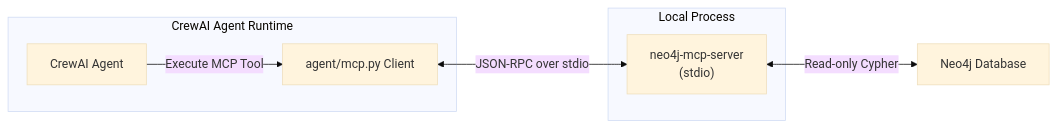
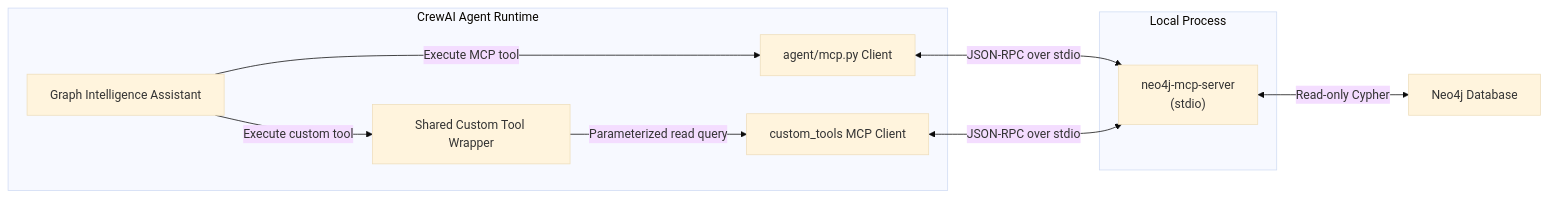
One commit to neo4j-labs/neo4j-agent-integrations changed the third of 3 diagrams in crewai/README.md. Above: the diagram before and after it, drawn with Mermaid (base theme). The commit also changed other lines of this file, not shown here.

First line of the commit message:
crewai: update architecture diagrams

````diff
--- a/crewai/README.md
+++ b/crewai/README.md
@@ -115,15 +123,20 @@
 ```mermaid
 flowchart LR
     subgraph AgentRuntime["CrewAI Agent Runtime"]
-        Agent["CrewAI Agent"]
+        QueryAgent["Graph Intelligence Assistant"]
+        CustomTools["Shared Custom Tool Wrapper"]
         MCPClient["agent/mcp.py Client"]
+        CustomMCPClient["custom_tools MCP Client"]
     end
 
     subgraph LocalProcess["Local Process"]
         Neo4jMCP["neo4j-mcp-server\n(stdio)"]
     end
 
-    Agent -->|Execute MCP Tool| MCPClient
+    QueryAgent -->|Execute MCP tool| MCPClient
+    QueryAgent -->|Execute custom tool| CustomTools
+    CustomTools -->|Parameterized read query| CustomMCPClient
     MCPClient <-->|JSON-RPC over stdio| Neo4jMCP
+    CustomMCPClient <-->|JSON-RPC over stdio| Neo4jMCP
     Neo4jMCP <-->|Read-only Cypher| Neo4j[Neo4j Database]
 ```
````
